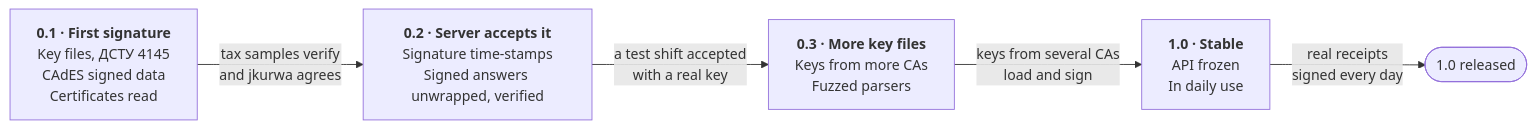
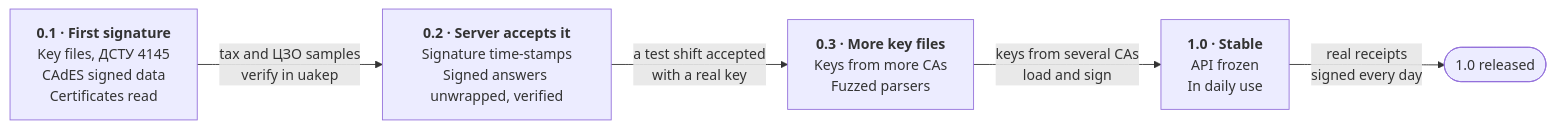
Before and after one commit to butsyk/uakep: the diagram in README.md, drawn with Mermaid. The commit also changed other lines of this file and 45 other files, not shown here.

````diff
--- a/README.md
+++ b/README.md
@@ -77,12 +76,12 @@
 ```mermaid
 flowchart LR
     p1["<b>0.1 · First signature</b><br/>Key files, ДСТУ 4145<br/>CAdES signed data<br/>Certificates read"]
     p2["<b>0.2 · Server accepts it</b><br/>Signature time-stamps<br/>Signed answers unwrapped, verified"]
     p3["<b>0.3 · More key files</b><br/>Keys from more CAs<br/>Fuzzed parsers"]
     p4["<b>1.0 · Stable</b><br/>API frozen<br/>In daily use"]
     done(["1.0 released"])
-    p1 -- "tax samples verify<br/>and jkurwa agrees" --> p2
+    p1 -- "tax and ЦЗО samples<br/>verify in uakep" --> p2
     p2 -- "a test shift accepted<br/>with a real key" --> p3
     p3 -- "keys from several CAs<br/>load and sign" --> p4
     p4 -- "real receipts<br/>signed every day" --> done
 ```
````
